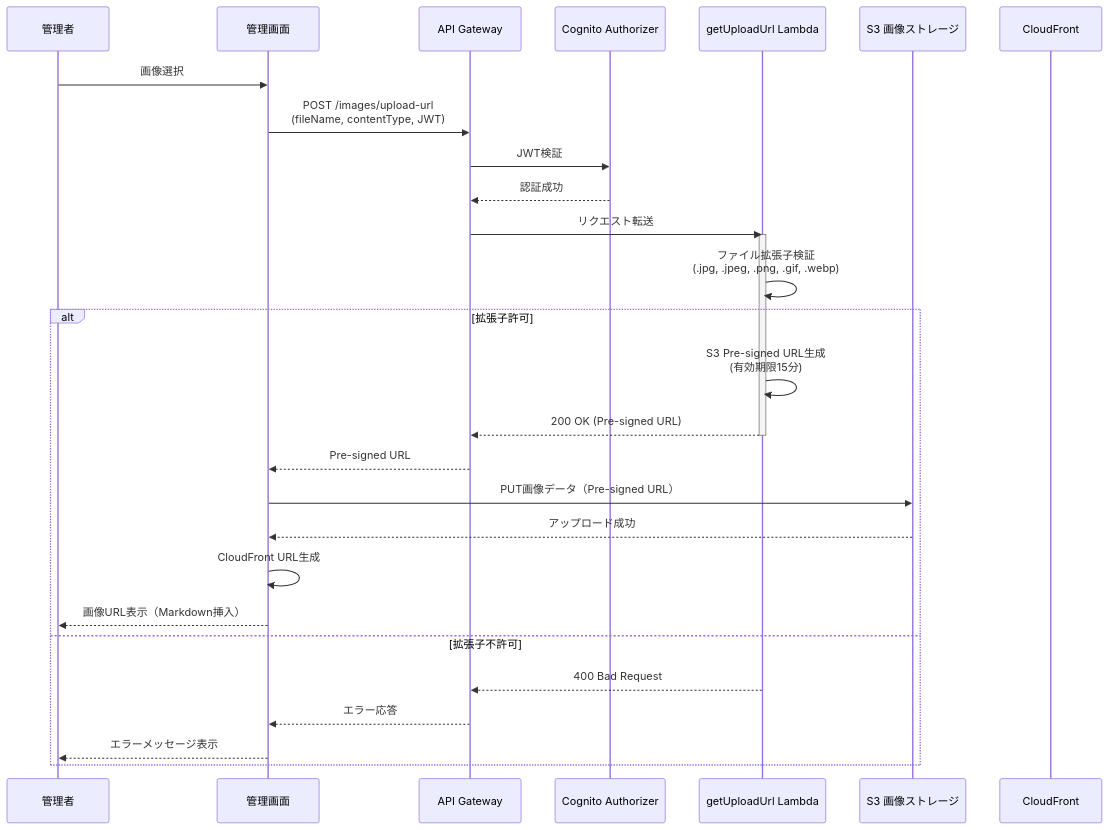
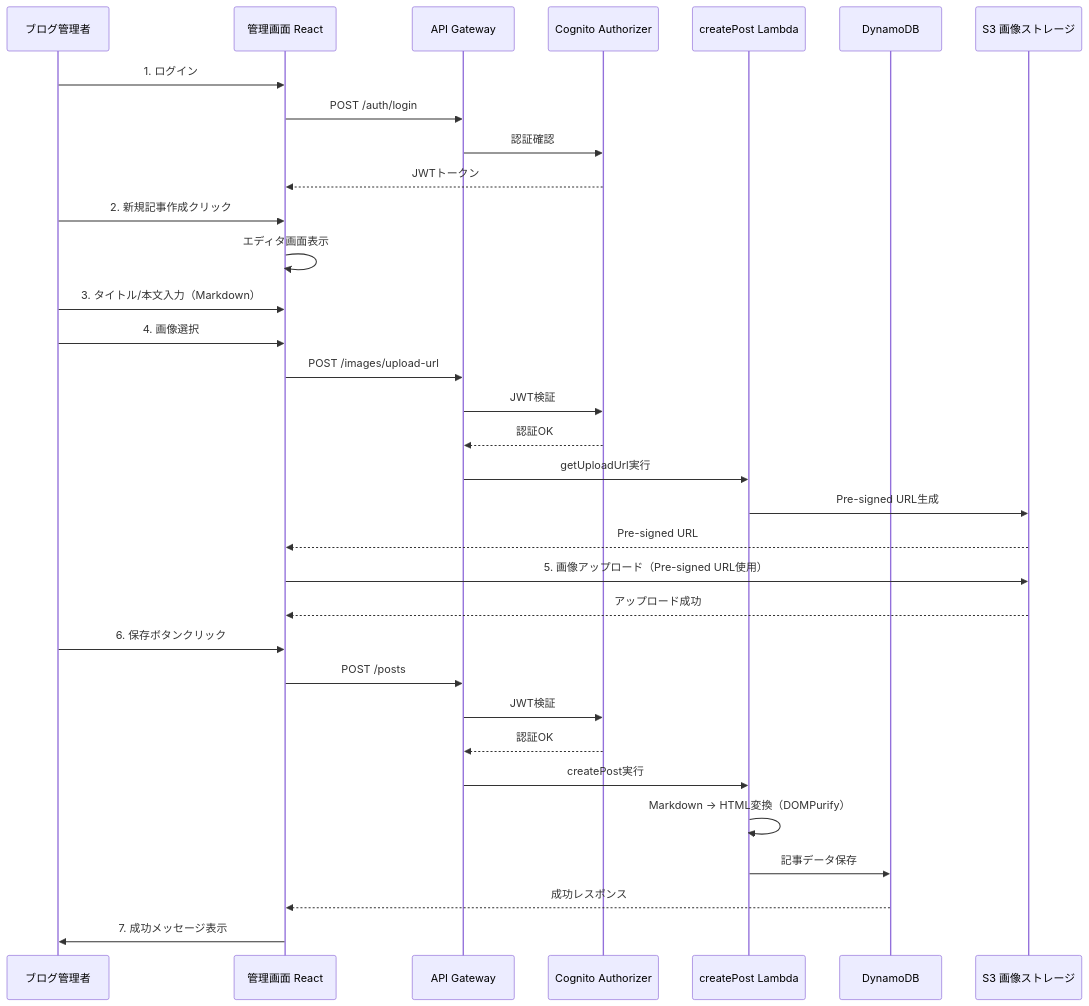
Before and after one commit to okshin-yk-private/serverlessBlog: the sixth of 7 diagrams in .kiro/specs/serverless-blog-aws/design.md, drawn with Mermaid. The commit also changed other lines of this file and 248 other files, not shown here.

````diff
--- a/.kiro/specs/serverless-blog-aws/design.md
+++ b/.kiro/specs/serverless-blog-aws/design.md
@@ -338,33 +377,42 @@
 ```mermaid
 sequenceDiagram
-    participant Admin as 管理者
-    participant AdminUI as 管理画面
+    participant Admin as ブログ管理者
+    participant Frontend as 管理画面 React
     participant APIGateway as API Gateway
-    participant CognitoAuth as Cognito Authorizer
-    participant GetUploadUrlLambda as getUploadUrl Lambda
+    participant Cognito as Cognito Authorizer
+    participant Lambda as createPost Lambda
+    participant DynamoDB as DynamoDB
     participant S3 as S3 画像ストレージ
-    participant CloudFront as CloudFront
 
-    Admin->>AdminUI: 画像選択
-    AdminUI->>APIGateway: POST /images/upload-url<br/>(fileName, contentType, JWT)
-    APIGateway->>CognitoAuth: JWT検証
-    CognitoAuth-->>APIGateway: 認証成功
-    APIGateway->>GetUploadUrlLambda: リクエスト転送
-    activate GetUploadUrlLambda
-    GetUploadUrlLambda->>GetUploadUrlLambda: ファイル拡張子検証<br/>(.jpg, .jpeg, .png, .gif, .webp)
+    Admin->>Frontend: 1. ログイン
+    Frontend->>APIGateway: POST /auth/login
+    APIGateway->>Cognito: 認証確認
+    Cognito-->>Frontend: JWTトークン
 
-    alt 拡張子許可
-        GetUploadUrlLambda->>GetUploadUrlLambda: S3 Pre-signed URL生成<br/>(有効期限15分)
-        GetUploadUrlLambda-->>APIGateway: 200 OK (Pre-signed URL)
-        deactivate GetUploadUrlLambda
-        APIGateway-->>AdminUI: Pre-signed URL
-        AdminUI->>S3: PUT画像データ（Pre-signed URL）
-        S3-->>AdminUI: アップロード成功
-        AdminUI->>AdminUI: CloudFront URL生成
-        AdminUI-->>Admin: 画像URL表示（Markdown挿入）
-    else 拡張子不許可
-        GetUploadUrlLambda-->>APIGateway: 400 Bad Request
-        APIGateway-->>AdminUI: エラー応答
-        AdminUI-->>Admin: エラーメッセージ表示
-    end
+    Admin->>Frontend: 2. 新規記事作成クリック
+    Frontend->>Frontend: エディタ画面表示
+
+    Admin->>Frontend: 3. タイトル/本文入力（Markdown）
+    Admin->>Frontend: 4. 画像選択
+
+    Frontend->>APIGateway: POST /images/upload-url
+    APIGateway->>Cognito: JWT検証
+    Cognito-->>APIGateway: 認証OK
+    APIGateway->>Lambda: getUploadUrl実行
+    Lambda->>S3: Pre-signed URL生成
+    S3-->>Frontend: Pre-signed URL
+
+    Frontend->>S3: 5. 画像アップロード（Pre-signed URL使用）
+    S3-->>Frontend: アップロード成功
+
+    Admin->>Frontend: 6. 保存ボタンクリック
+    Frontend->>APIGateway: POST /posts
+    APIGateway->>Cognito: JWT検証
+    Cognito-->>APIGateway: 認証OK
+    APIGateway->>Lambda: createPost実行
+    Lambda->>Lambda: Markdown → HTML変換（DOMPurify）
+    Lambda->>DynamoDB: 記事データ保存
+    DynamoDB-->>Frontend: 成功レスポンス
+
+    Frontend->>Admin: 7. 成功メッセージ表示
 ```
````
